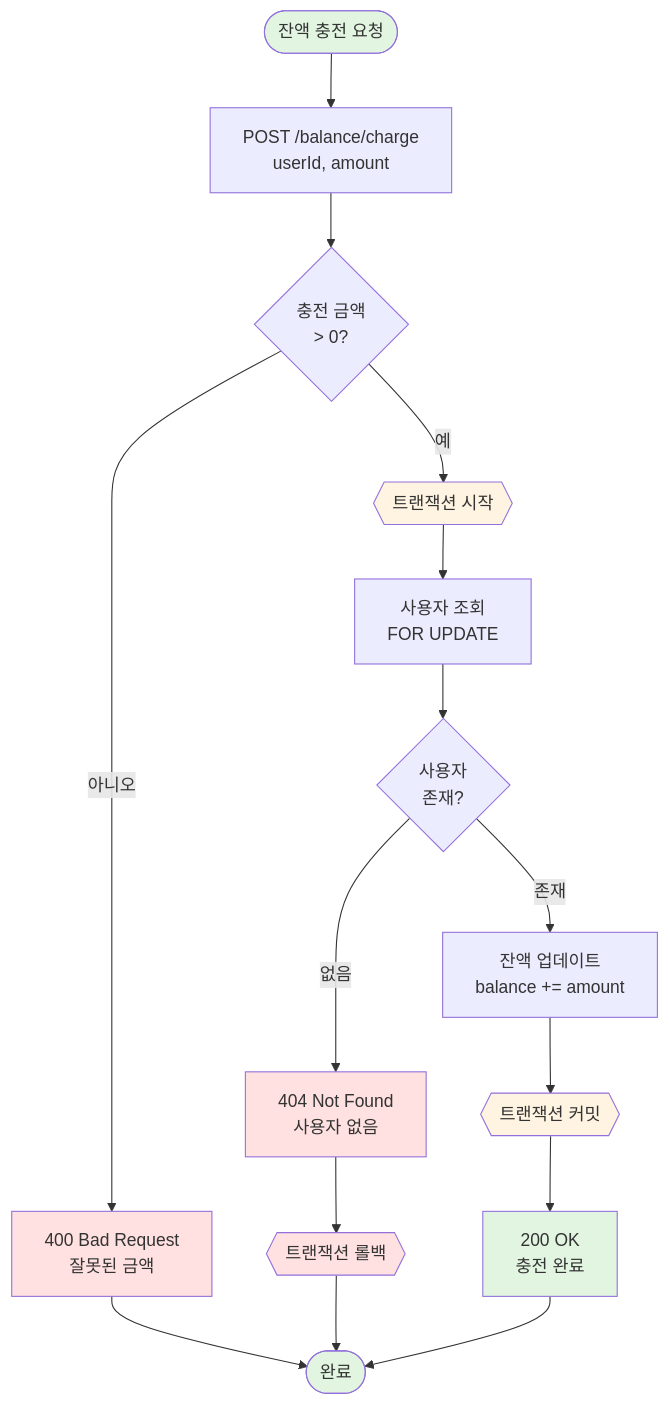
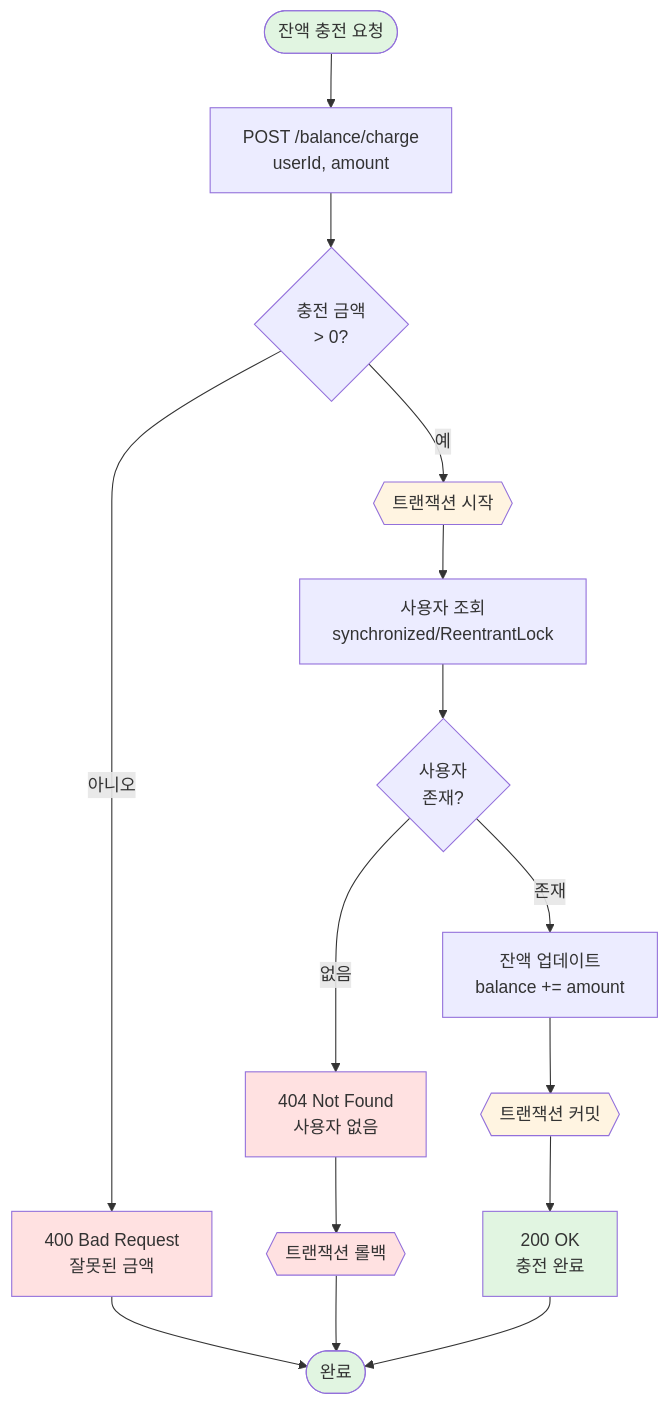
Before and after one commit to jaedeokhan/start-study: the fifth of 9 diagrams in week2-api-design-management/api-swagger/docs/api/flowcharts.md, drawn with Mermaid. The commit also changed other lines of this file and 6 other files, not shown here.

Commit message:
chore: 상품, 주문, 결제, 쿠폰, 재고 ERD 및 시퀀스 및 ERD 구성

````diff
--- a/week2-api-design-management/api-swagger/docs/api/flowcharts.md
+++ b/week2-api-design-management/api-swagger/docs/api/flowcharts.md
@@ -251,30 +251,30 @@
 ```mermaid
 flowchart TD
     Start([잔액 충전 요청]) --> ChargeAPI[POST /balance/charge<br/>userId, amount]
 
     ChargeAPI --> ValidateAmount{충전 금액<br/>> 0?}
     ValidateAmount -->|아니오| ErrorAmount[400 Bad Request<br/>잘못된 금액]
     ValidateAmount -->|예| TxStart{{트랜잭션 시작}}
 
-    TxStart --> LockUser[사용자 조회<br/>FOR UPDATE]
+    TxStart --> LockUser[사용자 조회<br/>synchronized/ReentrantLock]
     LockUser --> CheckUser{사용자<br/>존재?}
     CheckUser -->|없음| ErrorUser[404 Not Found<br/>사용자 없음]
     CheckUser -->|존재| UpdateBalance[잔액 업데이트<br/>balance += amount]
 
     UpdateBalance --> TxCommit{{트랜잭션 커밋}}
     TxCommit --> Success[200 OK<br/>충전 완료]
 
     ErrorAmount --> End([완료])
     ErrorUser --> TxRollback{{트랜잭션 롤백}}
     TxRollback --> End
     Success --> End
 
     style Start fill:#e1f5e1
     style Success fill:#e1f5e1
     style End fill:#e1f5e1
     style TxStart fill:#fff4e1
     style TxCommit fill:#fff4e1
     style TxRollback fill:#ffe1e1
     style ErrorAmount fill:#ffe1e1
     style ErrorUser fill:#ffe1e1
 ```
````
